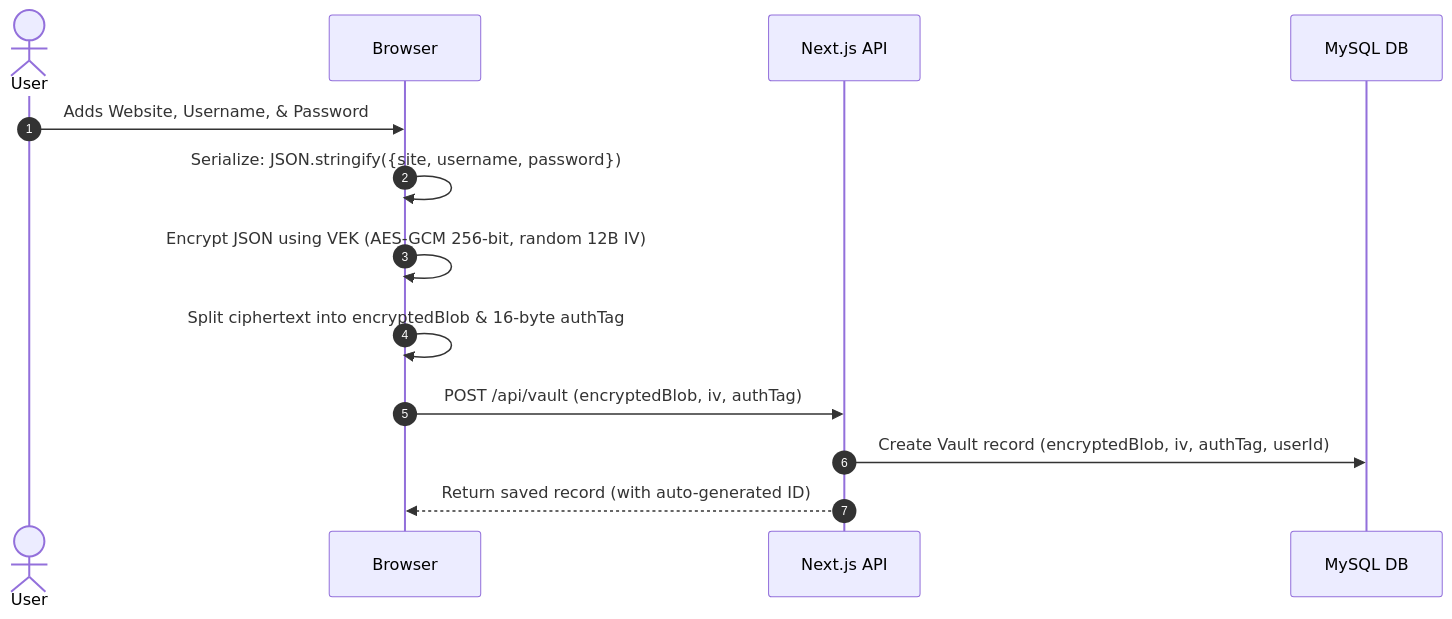
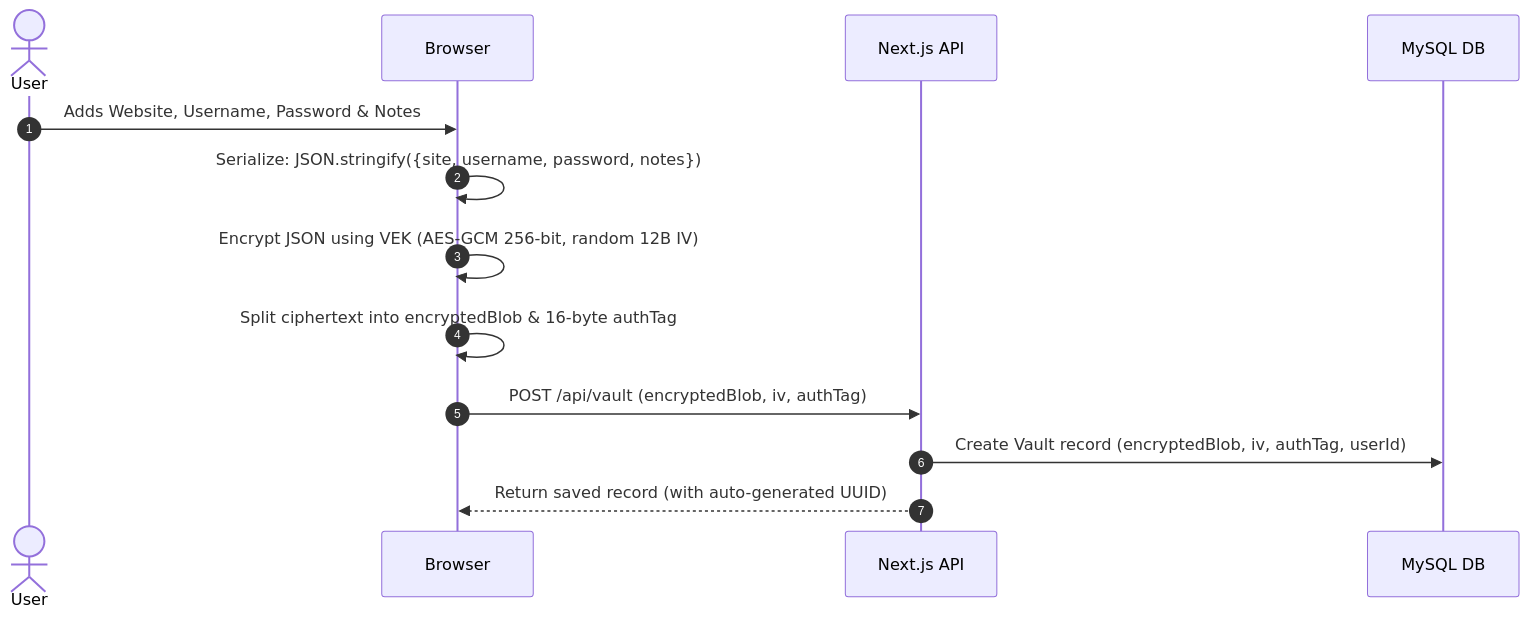
Before and after one commit to Ad1tya244/ZK-Password-Manager: the third of 4 diagrams in ZK password manager.md, drawn with Mermaid. The commit also changed other lines of this file and 24 other files, not shown here.

Commit message:
feat: robust session management, custom modal system, ZK password/username change flows, and UI polish

````diff
--- a/ZK password manager.md
+++ b/ZK password manager.md
@@ -208,16 +210,16 @@
 ```mermaid
 sequenceDiagram
     autonumber
     actor User
     participant Browser
     participant API as Next.js API
     participant DB as MySQL DB
 
-    User->>Browser: Adds Website, Username, & Password
-    Browser->>Browser: Serialize: JSON.stringify({site, username, password})
+    User->>Browser: Adds Website, Username, Password & Notes
+    Browser->>Browser: Serialize: JSON.stringify({site, username, password, notes})
     Browser->>Browser: Encrypt JSON using VEK (AES-GCM 256-bit, random 12B IV)
     Browser->>Browser: Split ciphertext into encryptedBlob & 16-byte authTag
     Browser->>API: POST /api/vault (encryptedBlob, iv, authTag)
     API->>DB: Create Vault record (encryptedBlob, iv, authTag, userId)
-    API-->>Browser: Return saved record (with auto-generated ID)
+    API-->>Browser: Return saved record (with auto-generated UUID)
 ```
````
